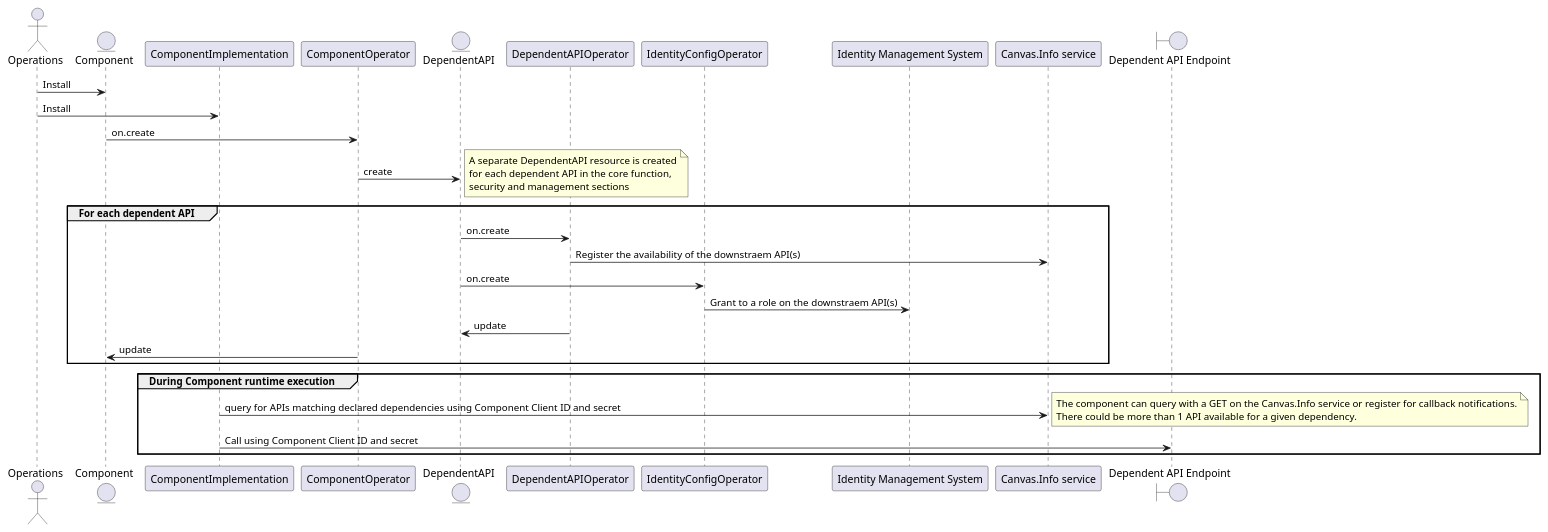
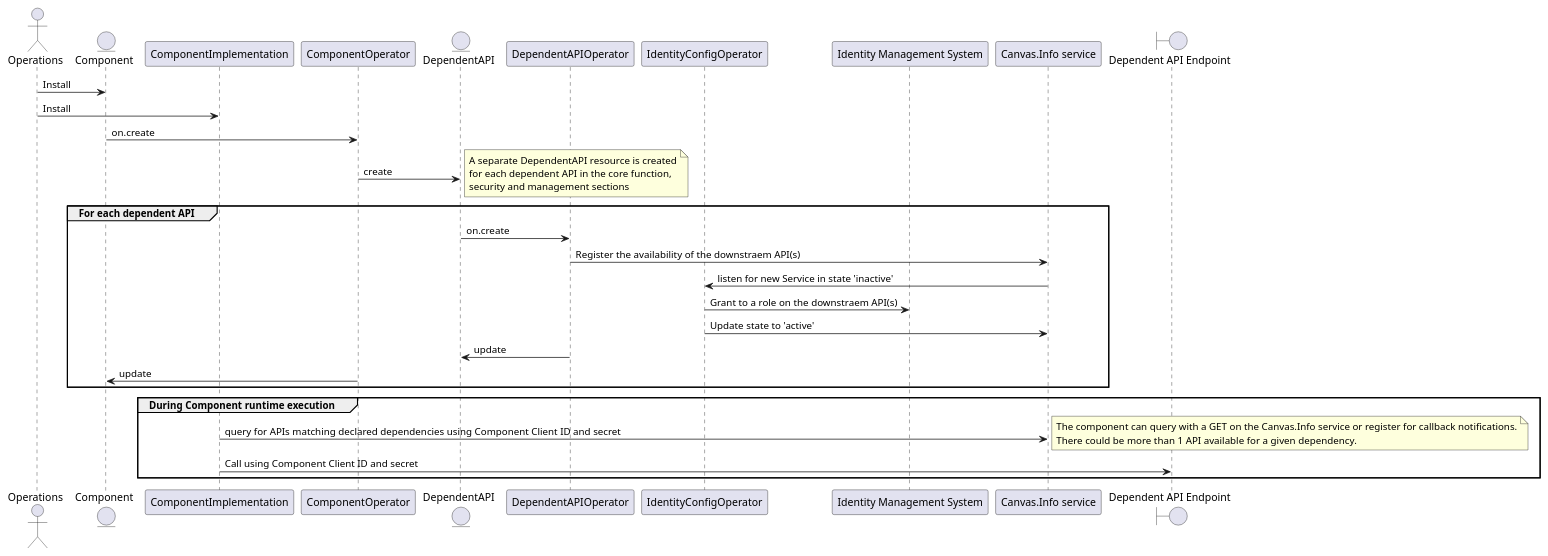
The diagram in usecase-library/pumlFiles/discover-dependent-API.puml (tmforum-oda/oda-canvas), drawn with PlantUML before and after one commit.

Commit message:
Updated for IdentityConfigOperator to listen to  Canvas-Info-Service and update from inactive to active

```diff
--- a/usecase-library/pumlFiles/discover-dependent-API.puml
+++ b/usecase-library/pumlFiles/discover-dependent-API.puml
@@ -1,42 +1,42 @@
 @startuml
 
 actor Operations
 entity Component
 participant ComponentImplementation
 participant ComponentOperator
 entity DependentAPI
 participant DependentAPIOperator
 participant IdentityConfigOperator
 participant "Identity Management System"
 participant "Canvas.Info service"
 boundary "Dependent API Endpoint"
 
 
 Operations -> Component : Install
 Operations -> ComponentImplementation : Install
 Component -> ComponentOperator: on.create 
 ComponentOperator -> DependentAPI: create
 note right
     A separate DependentAPI resource is created
     for each dependent API in the core function,
     security and management sections
 end note
 group For each dependent API
     DependentAPI -> DependentAPIOperator: on.create
     DependentAPIOperator -> "Canvas.Info service" : Register the availability of the downstraem API(s)
-    DependentAPI -> IdentityConfigOperator: on.create
+    "Canvas.Info service" -> IdentityConfigOperator: listen for new Service in state 'inactive'
     IdentityConfigOperator -> "Identity Management System" : Grant to a role on the downstraem API(s)
-
+    IdentityConfigOperator -> "Canvas.Info service": Update state to 'active'
     DependentAPI <- DependentAPIOperator: update
     Component <- ComponentOperator: update 
 end
 group During Component runtime execution
     ComponentImplementation -> "Canvas.Info service": query for APIs matching declared dependencies using Component Client ID and secret
     note right
         The component can query with a GET on the Canvas.Info service or register for callback notifications.
         There could be more than 1 API available for a given dependency.
     end note
     ComponentImplementation -> "Dependent API Endpoint": Call using Component Client ID and secret
 
 end
 @enduml
```
